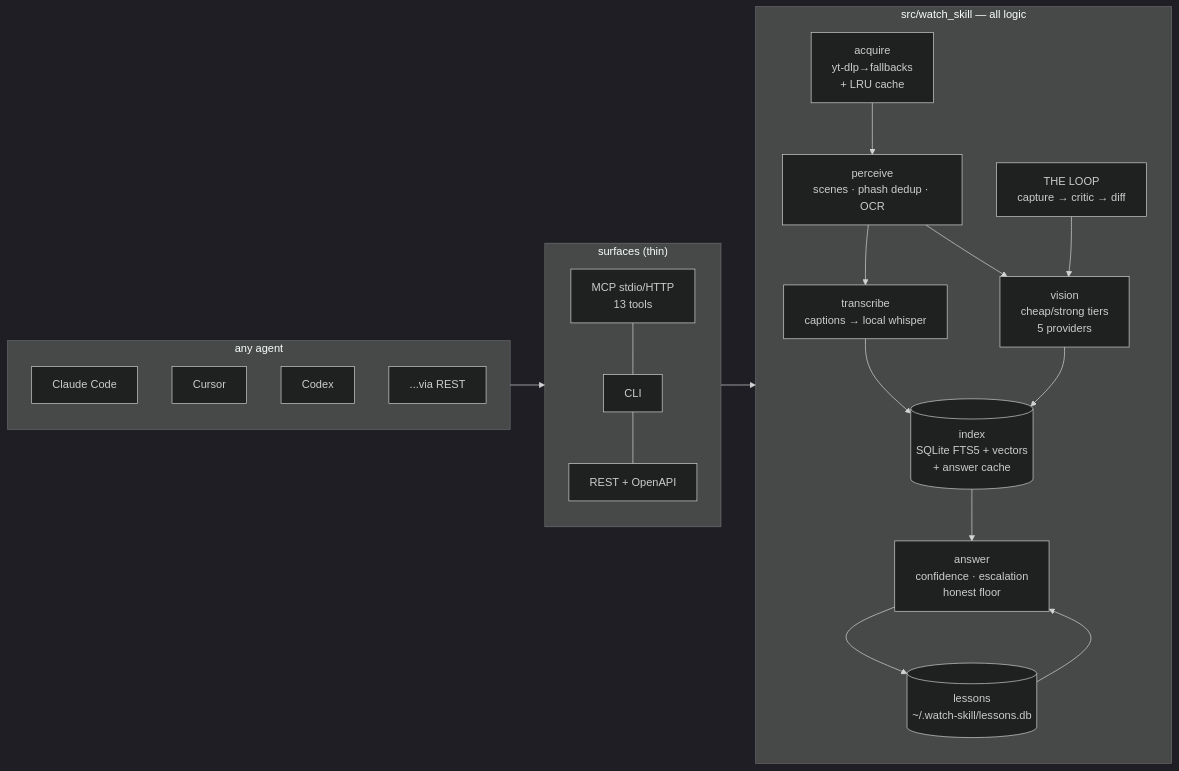
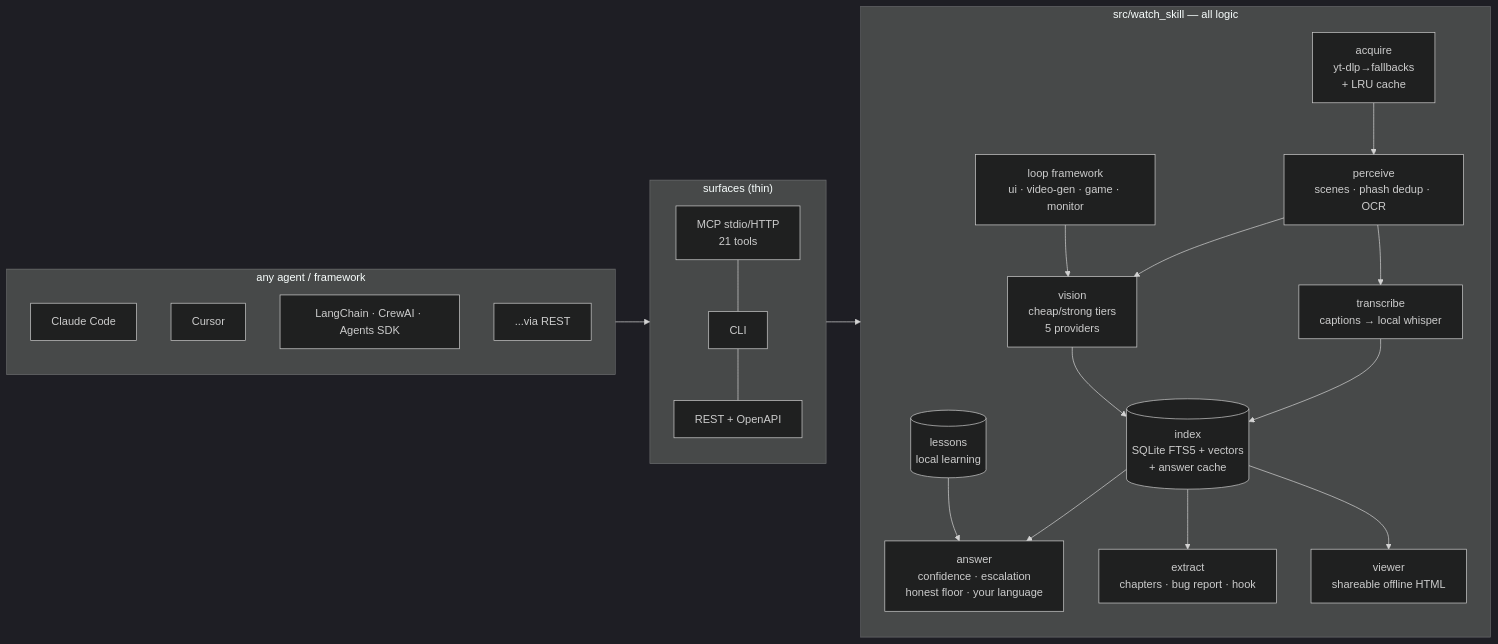
The diagram in README.md (oxbshw/watch-skill), drawn with Mermaid (dark theme) before and after one commit. The commit also changed other lines of this file and 4 other files, not shown here.

First line of the commit message:
docs: v0.7 story — README positioning, CHANGELOG, roadmap, architecture, 21-tool reference

````diff
--- a/README.md
+++ b/README.md
@@ -155,21 +183,22 @@
 ```mermaid
 flowchart LR
-    subgraph agents["any agent"]
-        CC[Claude Code] & CU[Cursor] & CX[Codex] & GA["...via REST"]
+    subgraph agents["any agent / framework"]
+        CC[Claude Code] & CU[Cursor] & LC[LangChain · CrewAI · Agents SDK] & GA["...via REST"]
     end
     subgraph surfaces["surfaces (thin)"]
-        MCP["MCP stdio/HTTP<br/>13 tools"] --- CLI[CLI] --- API[REST + OpenAPI]
+        MCP["MCP stdio/HTTP<br/>21 tools"] --- CLI[CLI] --- API[REST + OpenAPI]
     end
     subgraph core["src/watch_skill — all logic"]
         AC[acquire<br/>yt-dlp→fallbacks<br/>+ LRU cache] --> PE[perceive<br/>scenes · phash dedup · OCR]
         PE --> TR[transcribe<br/>captions → local whisper]
         TR --> IX[(index<br/>SQLite FTS5 + vectors<br/>+ answer cache)]
         PE --> VI[vision<br/>cheap/strong tiers<br/>5 providers]
         VI --> IX
-        IX --> AN[answer<br/>confidence · escalation<br/>honest floor]
-        LS[(lessons<br/>~/.watch-skill/lessons.db)] --> AN
-        AN --> LS
-        LP[THE LOOP<br/>capture → critic → diff] --> VI
+        IX --> AN[answer<br/>confidence · escalation<br/>honest floor · your language]
+        LS[(lessons<br/>local learning)] --> AN
+        IX --> EX[extract<br/>chapters · bug report · hook]
+        IX --> VW[viewer<br/>shareable offline HTML]
+        LP[loop framework<br/>ui · video-gen · game · monitor] --> VI
     end
     agents --> surfaces --> core
 ```
````
